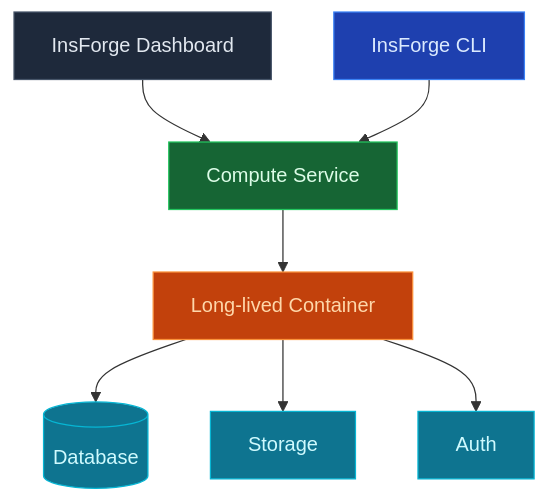
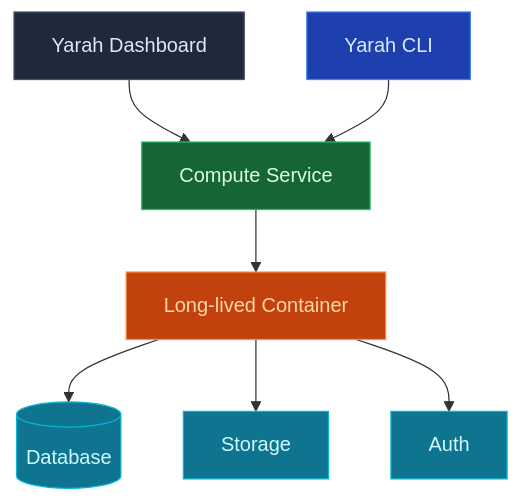
Before and after one commit to Darts7u7/Yarah-oos: the diagram in docs/core-concepts/compute/overview.mdx, drawn with Mermaid. The commit also changed other lines of this file and 1141 other files, not shown here.

````diff
--- a/docs/core-concepts/compute/overview.mdx
+++ b/docs/core-concepts/compute/overview.mdx
@@ -13,19 +13,19 @@
 ```mermaid
 graph TB
-    Dashboard[InsForge Dashboard] --> Service[Compute Service]
-    CLI[InsForge CLI] --> Service
+    Dashboard[Yarah Dashboard] --> Service[Compute Service]
+    CLI[Yarah CLI] --> Service
 
     Service --> Container[Long-lived Container]
 
     Container --> DB[(Database)]
     Container --> Storage[Storage]
     Container --> Auth[Auth]
 
     style Dashboard fill:#1e293b,stroke:#475569,color:#e2e8f0
     style CLI fill:#1e40af,stroke:#3b82f6,color:#dbeafe
     style Service fill:#166534,stroke:#22c55e,color:#dcfce7
     style Container fill:#c2410c,stroke:#fb923c,color:#fed7aa
     style DB fill:#0e7490,stroke:#06b6d4,color:#cffafe
     style Storage fill:#0e7490,stroke:#06b6d4,color:#cffafe
     style Auth fill:#0e7490,stroke:#06b6d4,color:#cffafe
 ```
````
